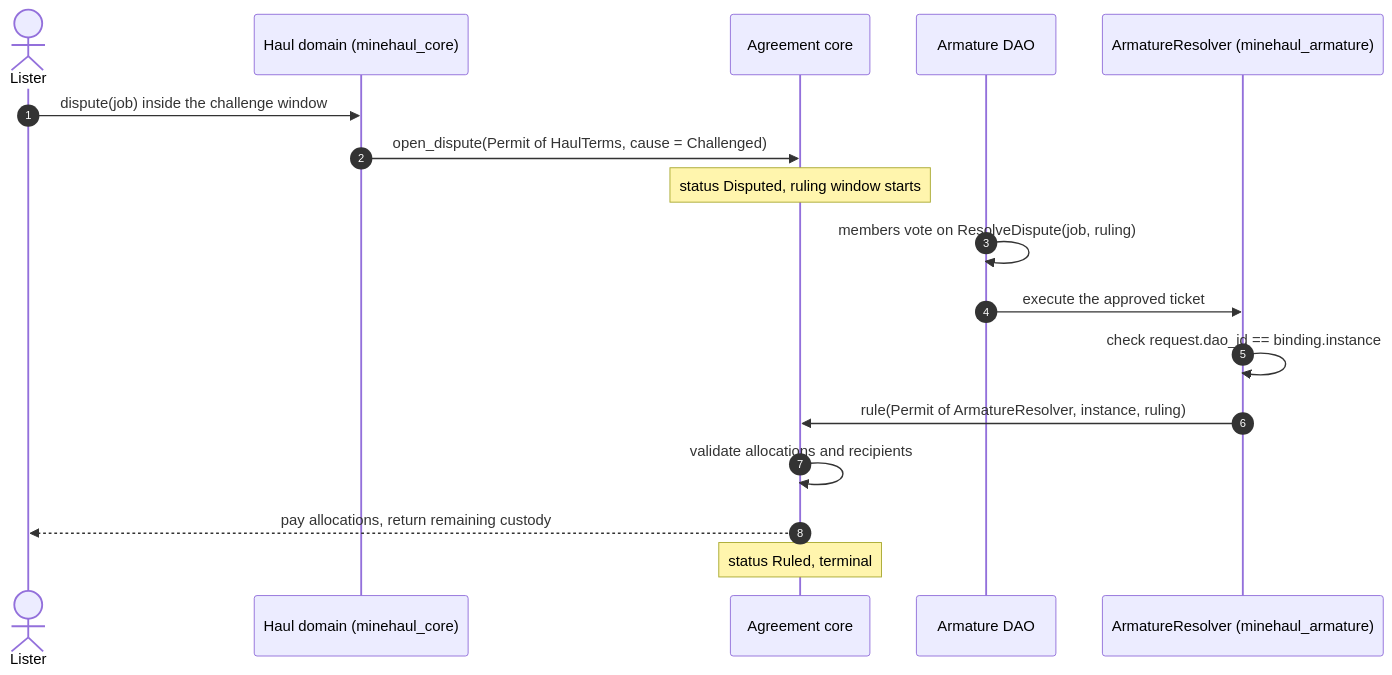
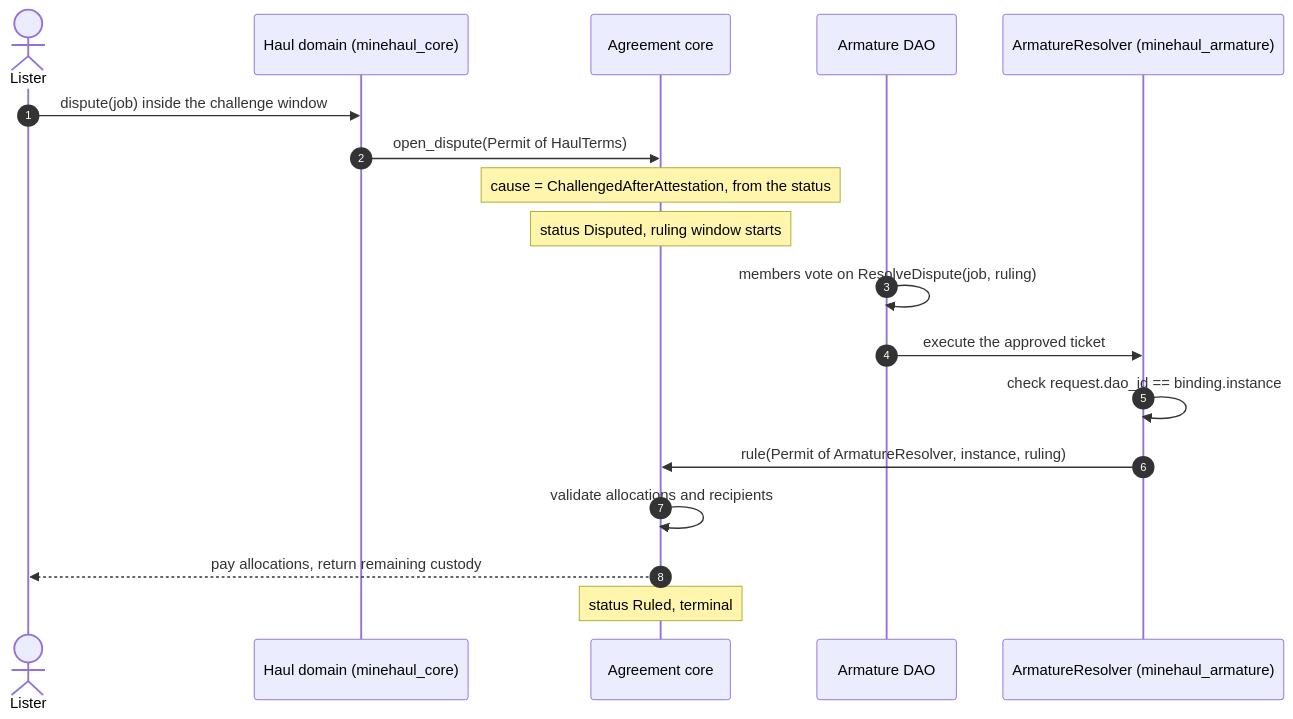
The fifth of 11 diagrams in docs/adr/0006-agreement-primitive.md (Algorithmic-Warfare/Minehaul), drawn with Mermaid before and after one commit. The commit also changed other lines of this file and 1 other file, not shown here.

````diff
--- a/docs/adr/0006-agreement-primitive.md
+++ b/docs/adr/0006-agreement-primitive.md
@@ -278,19 +292,20 @@
 ```mermaid
 sequenceDiagram
     autonumber
     actor L as Lister
     participant H as Haul domain (minehaul_core)
     participant AG as Agreement core
     participant DAO as Armature DAO
     participant R as ArmatureResolver (minehaul_armature)
     L->>H: dispute(job) inside the challenge window
-    H->>AG: open_dispute(Permit of HaulTerms, cause = Challenged)
+    H->>AG: open_dispute(Permit of HaulTerms)
+    Note over AG: cause = ChallengedAfterAttestation, from the status
     Note over AG: status Disputed, ruling window starts
     DAO->>DAO: members vote on ResolveDispute(job, ruling)
     DAO->>R: execute the approved ticket
     R->>R: check request.dao_id == binding.instance
     R->>AG: rule(Permit of ArmatureResolver, instance, ruling)
     AG->>AG: validate allocations and recipients
     AG-->>L: pay allocations, return remaining custody
     Note over AG: status Ruled, terminal
 ```
````
